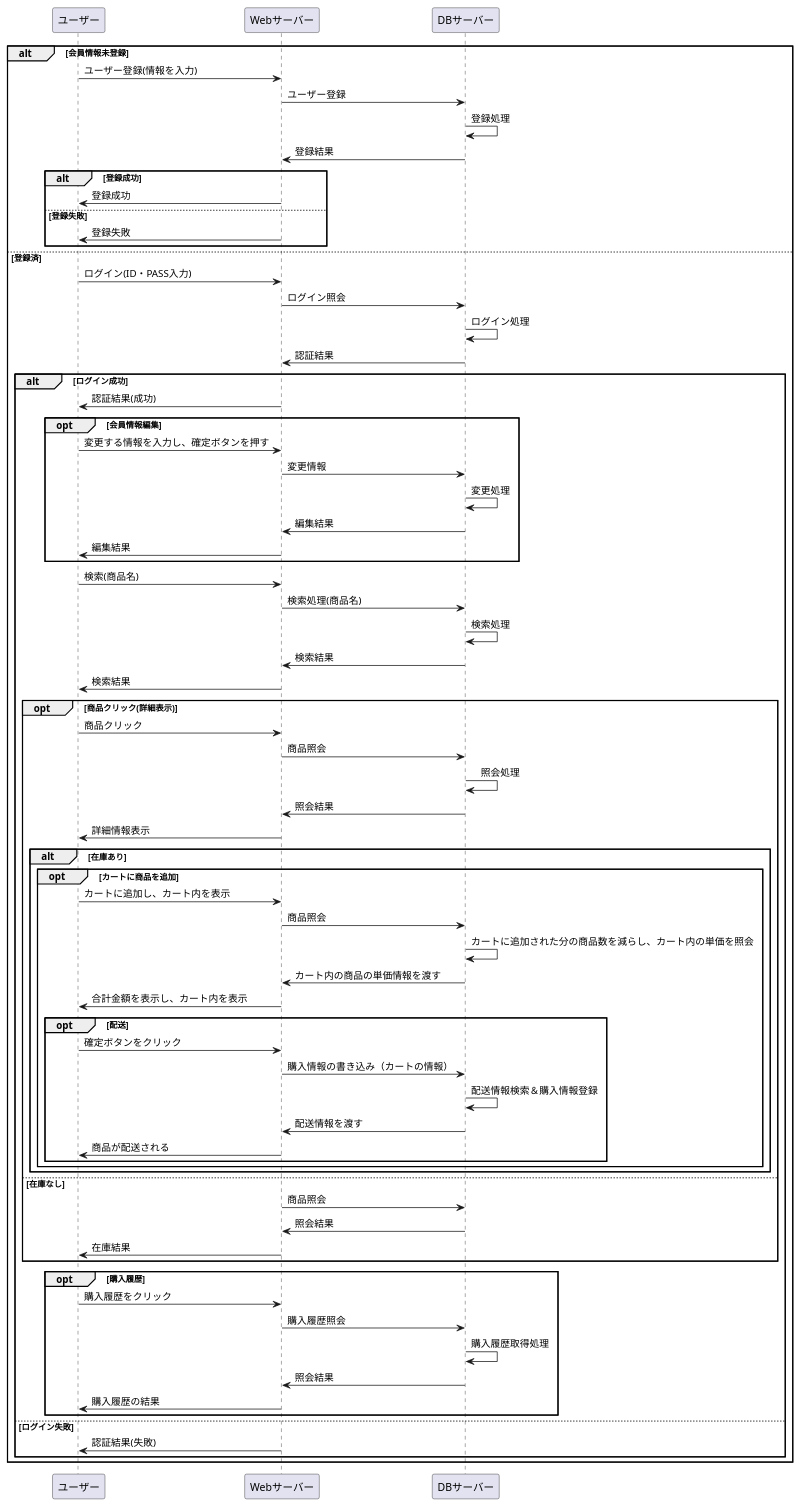
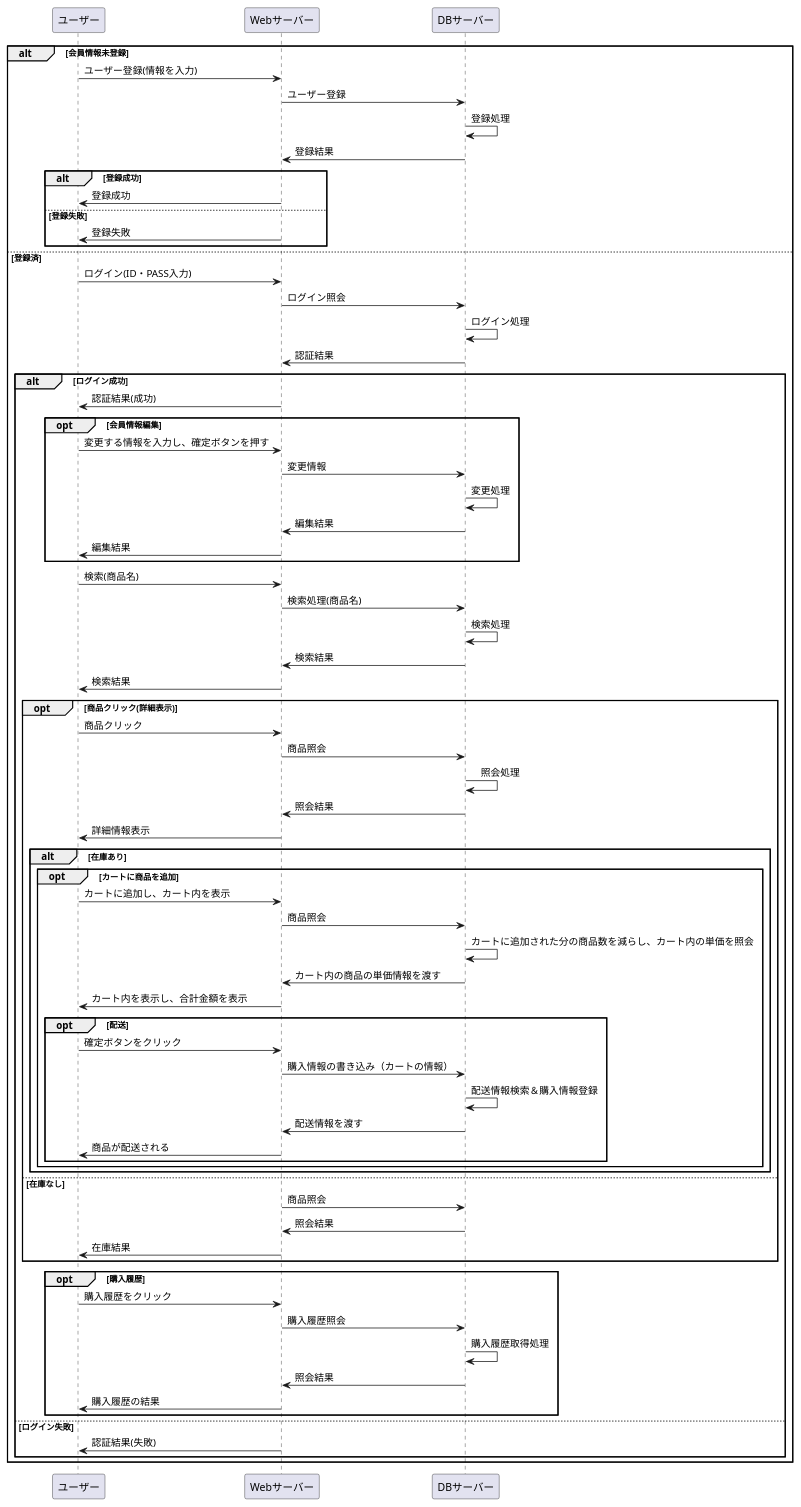
One commit to Aso2001227/Aso-Sports-1 changed the diagram in 設計書/02_業務フロー/business-flow.md. Above: the diagram before and after it, drawn with PlantUML.

`````diff
--- a/設計書/02_業務フロー/business-flow.md
+++ b/設計書/02_業務フロー/business-flow.md
@@ -1,82 +1,82 @@
 ```uml
 @startuml
 alt 会員情報未登録
   ユーザー -> Webサーバー : ユーザー登録(情報を入力)
   Webサーバー -> DBサーバー : ユーザー登録
   DBサーバー -> DBサーバー : 登録処理
   DBサーバー -> Webサーバー : 登録結果
   alt 登録成功
     Webサーバー -> ユーザー : 登録成功
     else 登録失敗
     Webサーバー -> ユーザー : 登録失敗
   end
 else 登録済
   ユーザー -> Webサーバー : ログイン(ID・PASS入力)
   Webサーバー -> DBサーバー : ログイン照会
   DBサーバー -> DBサーバー : ログイン処理
   DBサーバー -> Webサーバー : 認証結果
   alt ログイン成功
     Webサーバー -> ユーザー : 認証結果(成功)
     opt 会員情報編集
       ユーザー -> Webサーバー : 変更する情報を入力し、確定ボタンを押す
       Webサーバー -> DBサーバー :変更情報
       DBサーバー -> DBサーバー : 変更処理
       DBサーバー -> Webサーバー : 編集結果
       Webサーバー -> ユーザー : 編集結果
     end
     ユーザー -> Webサーバー : 検索(商品名)
     Webサーバー -> DBサーバー : 検索処理(商品名)
     DBサーバー -> DBサーバー : 検索処理
     DBサーバー -> Webサーバー : 検索結果
     Webサーバー -> ユーザー : 検索結果
     opt 商品クリック(詳細表示)
       ユーザー -> Webサーバー : 商品クリック
       Webサーバー -> DBサーバー : 商品照会
       DBサーバー -> DBサーバー : 　照会処理
       DBサーバー -> Webサーバー : 照会結果
       Webサーバー -> ユーザー : 詳細情報表示
       alt 在庫あり
         opt カートに商品を追加
           ユーザー -> Webサーバー : カートに追加し、カート内を表示
           Webサーバー -> DBサーバー : 商品照会
           DBサーバー -> DBサーバー : カートに追加された分の商品数を減らし、カート内の単価を照会
           DBサーバー -> Webサーバー :カート内の商品の単価情報を渡す
-          Webサーバー -> ユーザー:合計金額を表示し、カート内を表示
+          Webサーバー -> ユーザー:カート内を表示し、合計金額を表示
           opt 配送
             ユーザー -> Webサーバー : 確定ボタンをクリック
             Webサーバー -> DBサーバー :購入情報の書き込み（カートの情報）
             DBサーバー -> DBサーバー : 配送情報検索＆購入情報登録
             DBサーバー -> Webサーバー :配送情報を渡す
             Webサーバー -> ユーザー:商品が配送される
         end
       end
 
 
 
 
 
 
 end
 else 在庫なし
 Webサーバー -> DBサーバー : 商品照会
 DBサーバー -> Webサーバー : 照会結果
 Webサーバー -> ユーザー : 在庫結果
 end
 opt 購入履歴
 ユーザー ->Webサーバー :購入履歴をクリック
 Webサーバー -> DBサーバー :購入履歴照会
 DBサーバー -> DBサーバー : 購入履歴取得処理
 DBサーバー -> Webサーバー :照会結果
 Webサーバー -> ユーザー :購入履歴の結果
 end
 else ログイン失敗
 Webサーバー -> ユーザー : 認証結果(失敗)
 end
 end
 
 
 
 
 
 @enduml
 ````
`````
